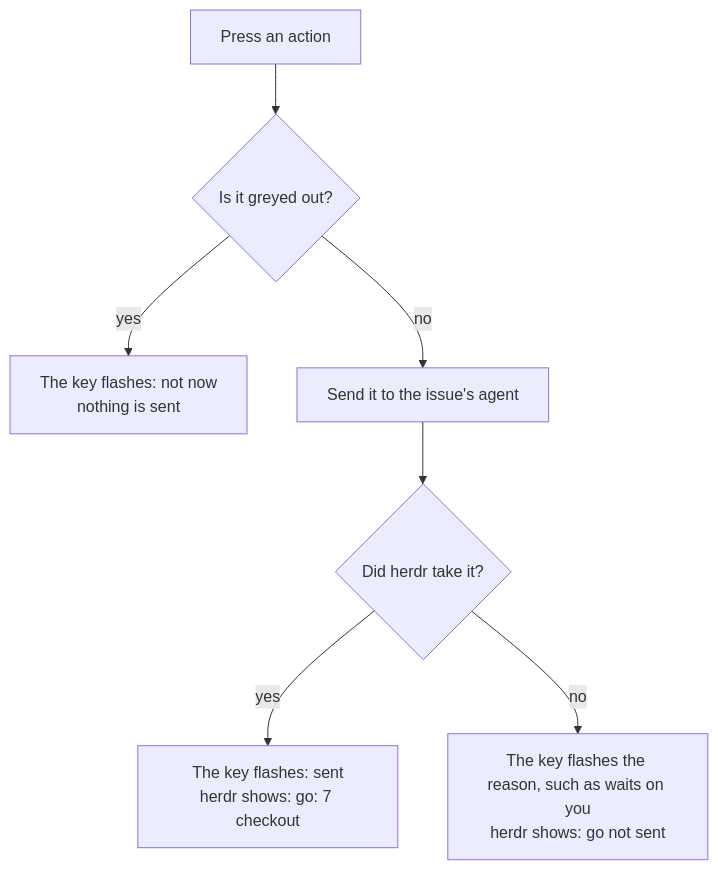
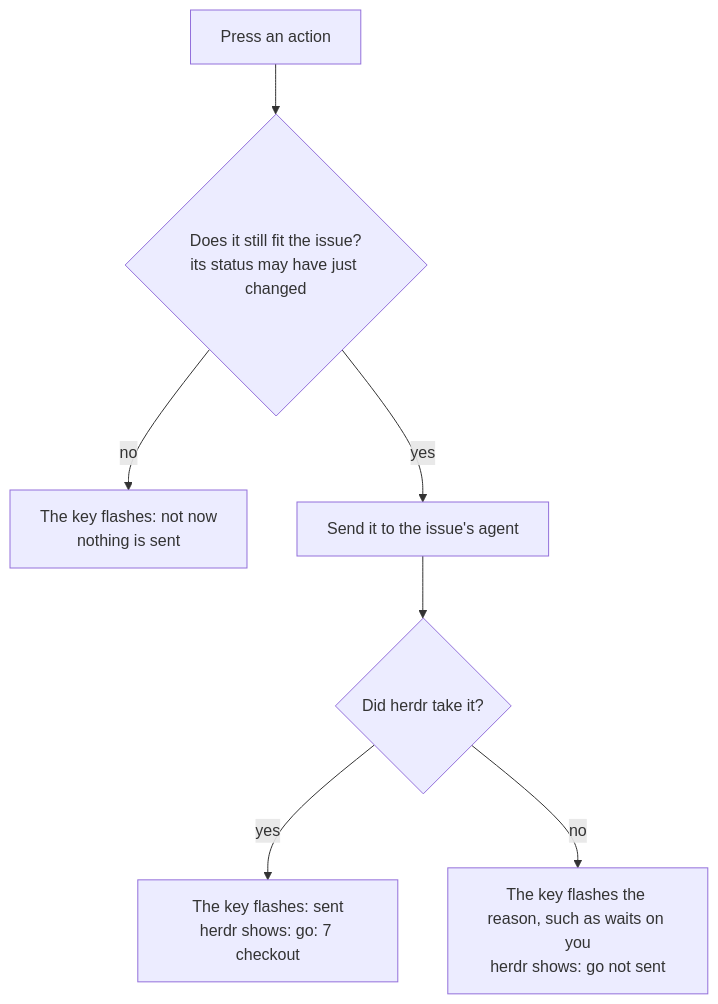
The fourth of 6 diagrams in docs/flows.md (PieterLuypaert/helm), drawn with Mermaid before and after one commit. The commit also changed other lines of this file and 7 other files, not shown here.

````diff
--- a/docs/flows.md
+++ b/docs/flows.md
@@ -149,9 +154,9 @@
 ```mermaid
 flowchart TD
-    press["Press an action"] --> dim{"Is it greyed out?"}
-    dim -->|yes| notNow["The key flashes: not now<br/>nothing is sent"]
-    dim -->|no| send["Send it to the issue's agent"]
+    press["Press an action"] --> fits{"Does it still fit the issue?<br/>its status may have just changed"}
+    fits -->|no| notNow["The key flashes: not now<br/>nothing is sent"]
+    fits -->|yes| send["Send it to the issue's agent"]
     send --> taken{"Did herdr take it?"}
     taken -->|yes| sent["The key flashes: sent<br/>herdr shows: go: 7 checkout"]
     taken -->|no| failed["The key flashes the reason, such as waits on you<br/>herdr shows: go not sent"]
 ```
````
